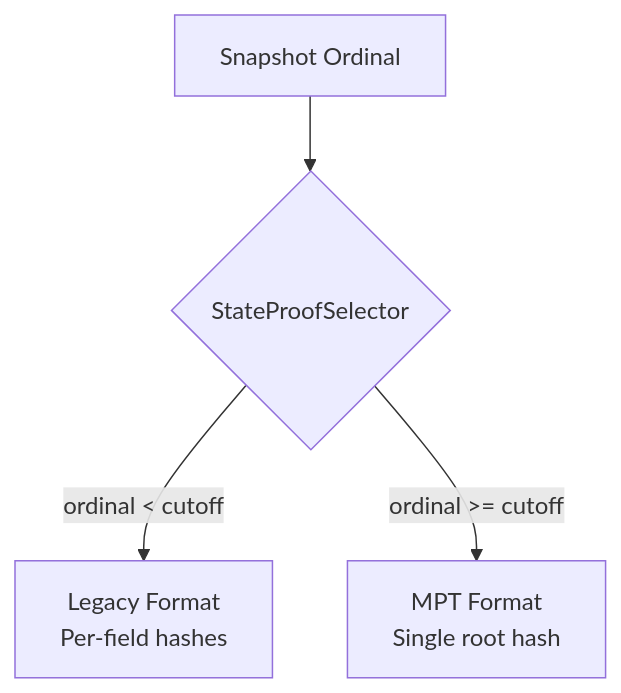
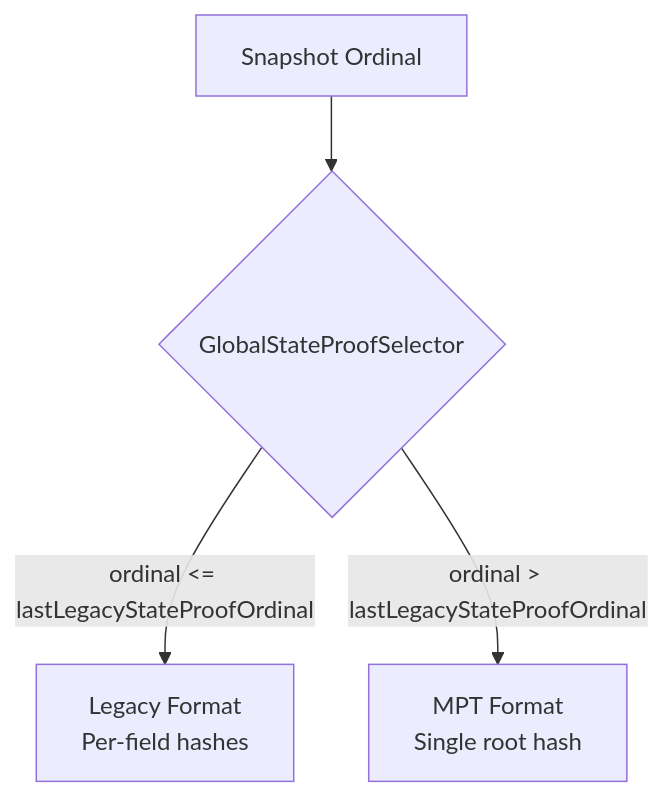
Before and after one commit to Constellation-Labs/tessellation: the second of 4 diagrams in docs/mpt/integration.md, drawn with Mermaid. The commit also changed other lines of this file and 22 other files, not shown here.

````diff
--- a/docs/mpt/integration.md
+++ b/docs/mpt/integration.md
@@ -132,11 +167,11 @@
 ```mermaid
 flowchart TB
     ORD[Snapshot Ordinal]
-    SEL{StateProofSelector}
+    SEL{GlobalStateProofSelector}
     LEG[Legacy Format<br/>Per-field hashes]
     MPT[MPT Format<br/>Single root hash]
-    
+
     ORD --> SEL
-    SEL -->|ordinal < cutoff| LEG
-    SEL -->|ordinal >= cutoff| MPT
+    SEL -->|ordinal &lt;= lastLegacyStateProofOrdinal| LEG
+    SEL -->|ordinal &gt; lastLegacyStateProofOrdinal| MPT
 ```
````
